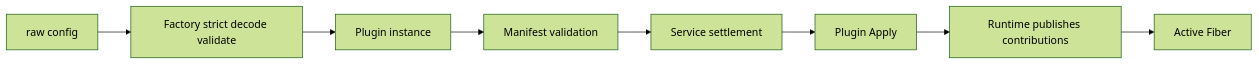
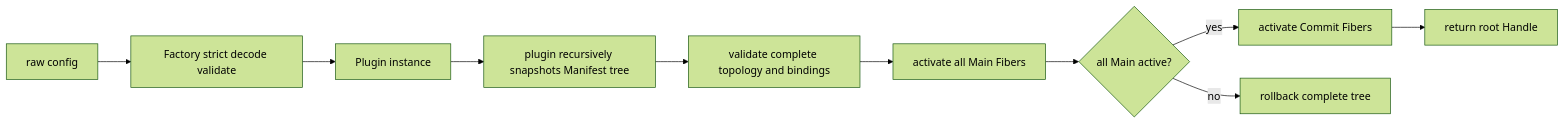
Before and after one commit to gorenx/goren: the first of 2 diagrams in plugin/README.zh-CN.md, drawn with Mermaid (forest theme). The commit also changed other lines of this file, not shown here.

Commit message:
docs(plugin): describe declarative tree lifecycle

````diff
--- a/plugin/README.zh-CN.md
+++ b/plugin/README.zh-CN.md
@@ -21,10 +23,12 @@
 ```mermaid
 flowchart LR
     Source[raw config] --> Factory[Factory strict decode validate]
     Factory --> Instance[Plugin instance]
-    Instance --> Manifest[Manifest validation]
-    Manifest --> Settlement[Service settlement]
-    Settlement --> Apply[Plugin Apply]
-    Apply --> Publish[Runtime publishes contributions]
-    Publish --> Active[Active Fiber]
+    Instance --> Tree[plugin recursively snapshots Manifest tree]
+    Tree --> Validate[validate complete topology and bindings]
+    Validate --> Main[activate all Main Fibers]
+    Main --> Ready{all Main active?}
+    Ready -->|yes| Commit[activate Commit Fibers]
+    Ready -->|no| Rollback[rollback complete tree]
+    Commit --> Active[return root Handle]
 ```
````
